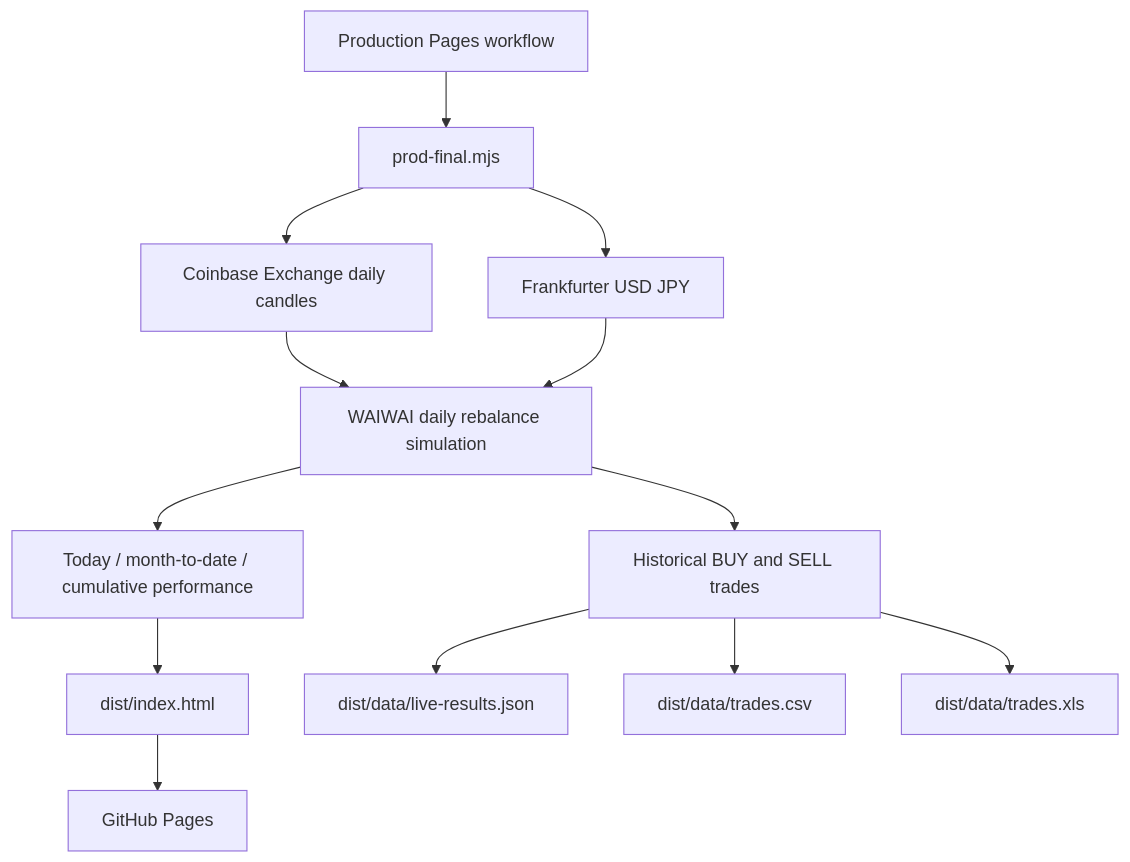
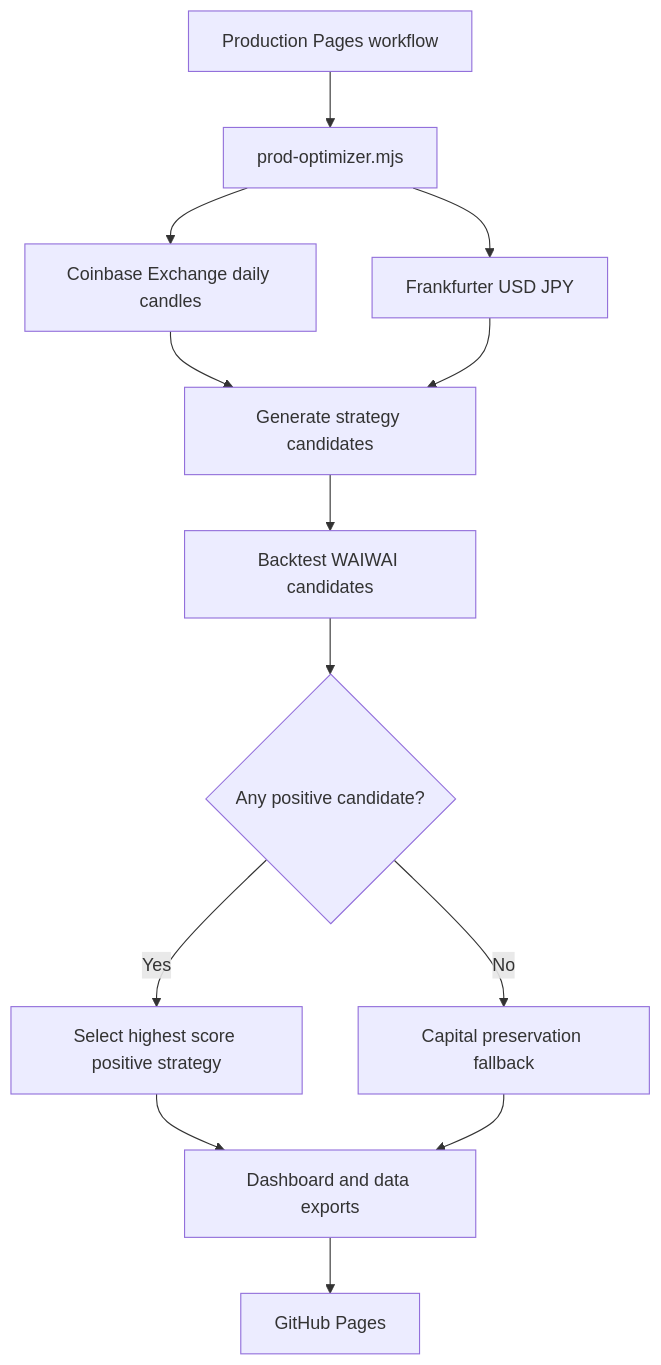
Before and after one commit to univcorp2-ctrl/crypto-auto-trade-sim: the diagram in docs/architecture.md, drawn with Mermaid. The commit also changed other lines of this file, not shown here.

Commit message:
Add optimizer to seek positive WAIWAI strategy results

````diff
--- a/docs/architecture.md
+++ b/docs/architecture.md
@@ -9,15 +9,15 @@
 ```mermaid
 flowchart TD
-  A[Production Pages workflow] --> B[prod-final.mjs]
+  A[Production Pages workflow] --> B[prod-optimizer.mjs]
   B --> C[Coinbase Exchange daily candles]
   B --> D[Frankfurter USD JPY]
-  C --> E[WAIWAI daily rebalance simulation]
+  C --> E[Generate strategy candidates]
   D --> E
-  E --> F[Today / month-to-date / cumulative performance]
-  E --> G[Historical BUY and SELL trades]
-  F --> H[dist/index.html]
-  G --> I[dist/data/live-results.json]
-  G --> J[dist/data/trades.csv]
-  G --> K[dist/data/trades.xls]
-  H --> L[GitHub Pages]
+  E --> F[Backtest WAIWAI candidates]
+  F --> G{Any positive candidate?}
+  G -->|Yes| H[Select highest score positive strategy]
+  G -->|No| I[Capital preservation fallback]
+  H --> J[Dashboard and data exports]
+  I --> J
+  J --> K[GitHub Pages]
 ```
````
